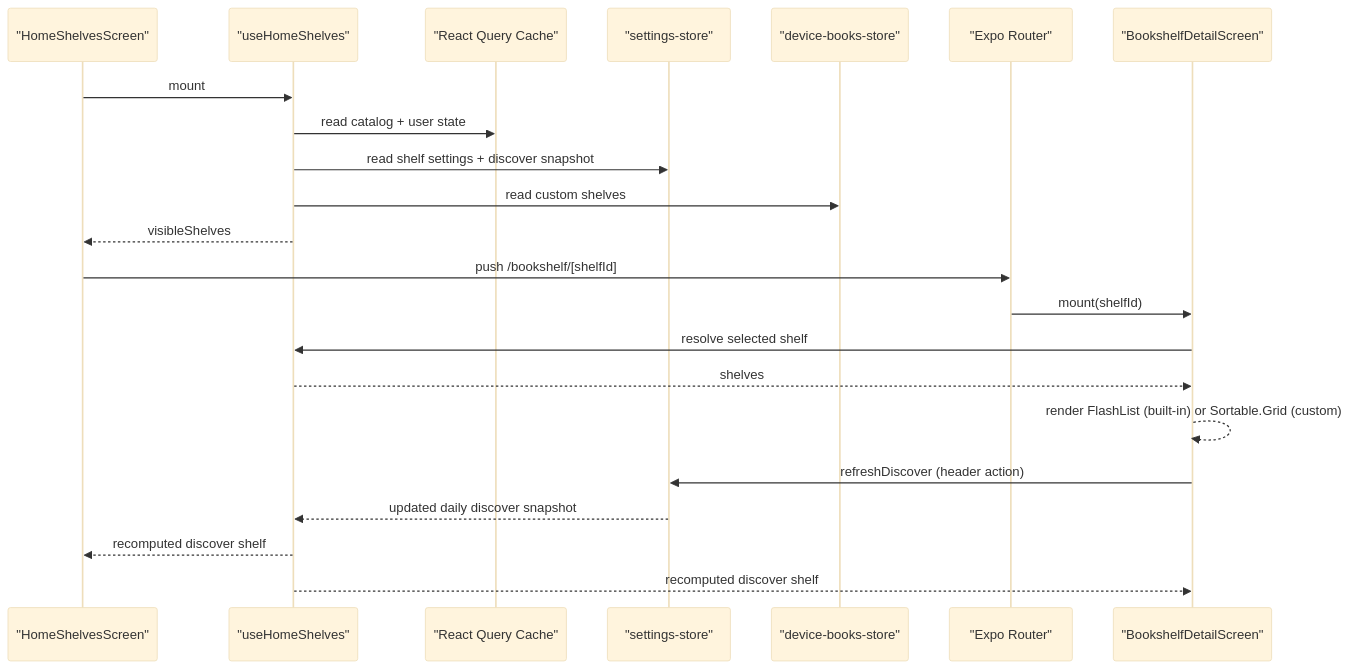
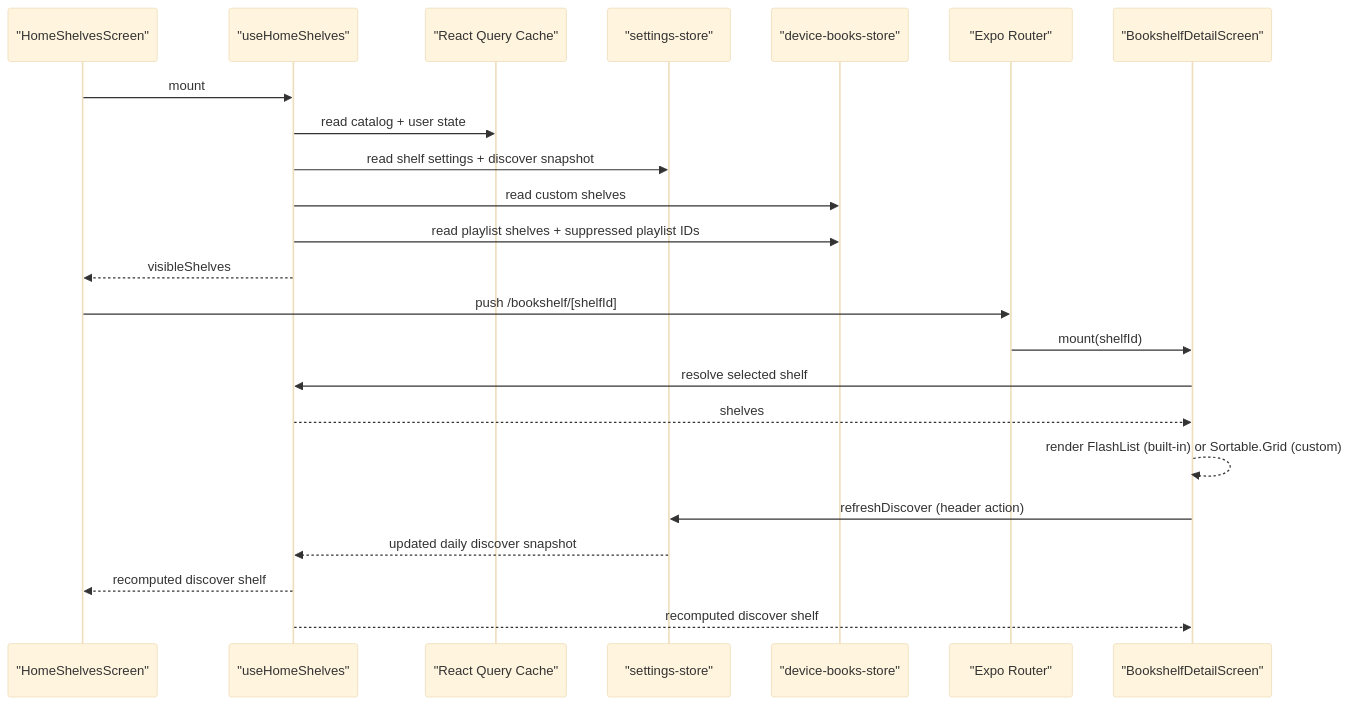
Before and after one commit to markmccoid/laabs_audio: the diagram in docs/bookshelves-concept-flow-code.md, drawn with Mermaid (base theme). The commit also changed other lines of this file and 18 other files, not shown here.

````diff
--- a/docs/bookshelves-concept-flow-code.md
+++ b/docs/bookshelves-concept-flow-code.md
@@ -89,27 +125,28 @@
 ```mermaid
 sequenceDiagram
   participant HS as "HomeShelvesScreen"
   participant UHS as "useHomeShelves"
   participant RQ as "React Query Cache"
   participant SS as "settings-store"
   participant DBS as "device-books-store"
   participant RT as "Expo Router"
   participant BDS as "BookshelfDetailScreen"
 
   HS->>UHS: mount
   UHS->>RQ: read catalog + user state
   UHS->>SS: read shelf settings + discover snapshot
   UHS->>DBS: read custom shelves
+  UHS->>DBS: read playlist shelves + suppressed playlist IDs
   UHS-->>HS: visibleShelves
 
   HS->>RT: push /bookshelf/[shelfId]
   RT->>BDS: mount(shelfId)
   BDS->>UHS: resolve selected shelf
   UHS-->>BDS: shelves
   BDS-->>BDS: render FlashList (built-in) or Sortable.Grid (custom)
 
   BDS->>SS: refreshDiscover (header action)
   SS-->>UHS: updated daily discover snapshot
   UHS-->>HS: recomputed discover shelf
   UHS-->>BDS: recomputed discover shelf
 ```
````
